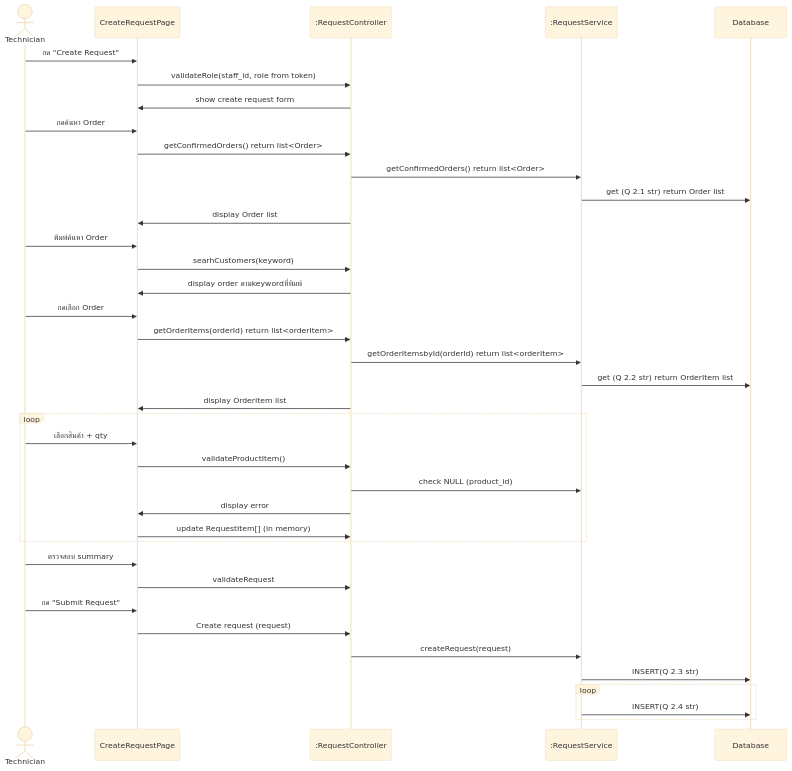
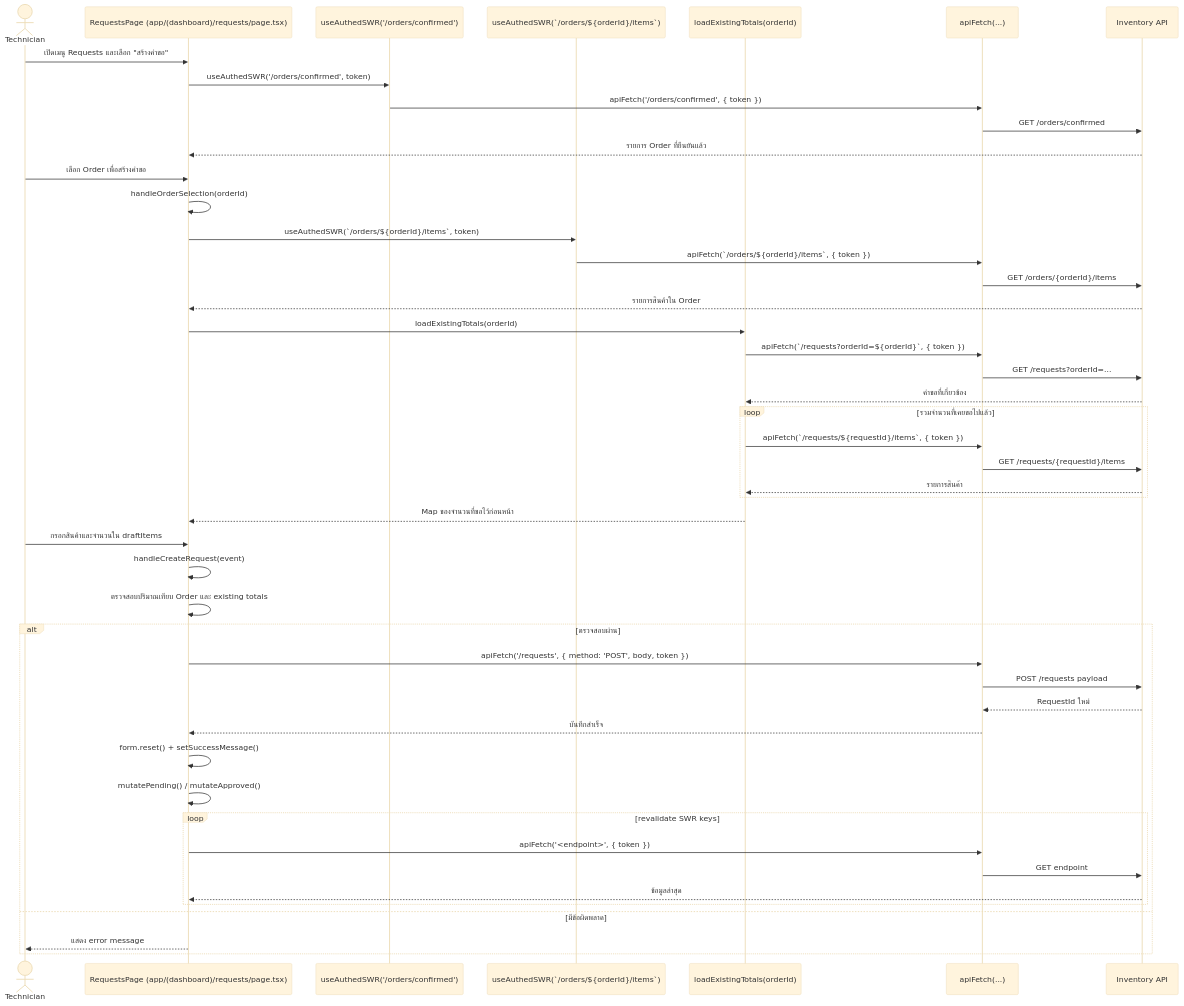
Before and after one commit to PawatW/InvetoryManagementFullStack: the diagram in SeqDiagramSA/Create request.mmd, drawn with Mermaid (base theme). The commit also changed other lines of this file and 13 other files, not shown here.

Commit message:
Update sequence diagrams with actual frontend flows

```diff
--- a/SeqDiagramSA/Create request.mmd
+++ b/SeqDiagramSA/Create request.mmd
@@ -1,43 +1,50 @@
 sequenceDiagram
     actor Technician
-    participant UI as CreateRequestPage
-    participant C as :RequestController
-    participant S as :RequestService
-    participant DB as Database
+    participant RequestsPage as RequestsPage (app/(dashboard)/requests/page.tsx)
+    participant OrderHook as useAuthedSWR('/orders/confirmed')
+    participant OrderItemsHook as useAuthedSWR(`/orders/${orderId}/items`)
+    participant Totals as loadExistingTotals(orderId)
+    participant ApiFetch as apiFetch(...)
+    participant Backend as Inventory API
 
-    Technician ->> UI: กด "Create Request"
-    UI ->> C: validateRole(staff_id, role from token)
-    C ->> UI: show create request form
+    Technician->>RequestsPage: เปิดเมนู Requests และเลือก "สร้างคำขอ"
+    RequestsPage->>OrderHook: useAuthedSWR('/orders/confirmed', token)
+    OrderHook->>ApiFetch: apiFetch('/orders/confirmed', { token })
+    ApiFetch->>Backend: GET /orders/confirmed
+    Backend-->>RequestsPage: รายการ Order ที่ยืนยันแล้ว
 
-    Technician ->> UI: กดค้นหา Order
-    UI ->> C: getConfirmedOrders() return list<Order>
-    C ->> S: getConfirmedOrders()  return list<Order>
-    S ->> DB: get (Q 2.1 str) return Order list
-    C ->> UI: display Order list
+    Technician->>RequestsPage: เลือก Order เพื่อสร้างคำขอ
+    RequestsPage->>RequestsPage: handleOrderSelection(orderId)
+    RequestsPage->>OrderItemsHook: useAuthedSWR(`/orders/${orderId}/items`, token)
+    OrderItemsHook->>ApiFetch: apiFetch(`/orders/${orderId}/items`, { token })
+    ApiFetch->>Backend: GET /orders/{orderId}/items
+    Backend-->>RequestsPage: รายการสินค้าใน Order
+    RequestsPage->>Totals: loadExistingTotals(orderId)
+    Totals->>ApiFetch: apiFetch(`/requests?orderId=${orderId}`, { token })
+    ApiFetch->>Backend: GET /requests?orderId=...
+    Backend-->>Totals: คำขอที่เกี่ยวข้อง
+    loop รวมจำนวนที่เคยขอไปแล้ว
+        Totals->>ApiFetch: apiFetch(`/requests/${requestId}/items`, { token })
+        ApiFetch->>Backend: GET /requests/{requestId}/items
+        Backend-->>Totals: รายการสินค้า
+    end
+    Totals-->>RequestsPage: Map ของจำนวนที่ขอไว้ก่อนหน้า
 
-    Technician ->> UI: พิมพ์ค้นหา Order
-    UI ->> C:searhCustomers(keyword)
-    C ->> UI:display order ตามkeywordที่พิมพ์
-    Technician ->> UI: กดเลือก Order
-    UI ->> C: getOrderItems(orderId) return list<orderItem>
-    C ->> S: getOrderItemsbyId(orderId) return list<orderItem>
-    S ->> DB: get (Q 2.2 str) return OrderItem list
-    C ->> UI: display OrderItem list
-    loop
-        Technician ->> UI: เลือกสินค้า + qty
-        UI ->> C: validateProductItem()
-        C ->> S: check NULL (product_id)
-        C ->> UI: display error
-        UI ->> C: update RequestItem[] (in memory)
+    Technician->>RequestsPage: กรอกสินค้าและจำนวนใน draftItems
+    RequestsPage->>RequestsPage: handleCreateRequest(event)
+    RequestsPage->>RequestsPage: ตรวจสอบปริมาณเทียบ Order และ existing totals
+    alt ตรวจสอบผ่าน
+        RequestsPage->>ApiFetch: apiFetch('/requests', { method: 'POST', body, token })
+        ApiFetch->>Backend: POST /requests payload
+        Backend-->>ApiFetch: RequestId ใหม่
+        ApiFetch-->>RequestsPage: บันทึกสำเร็จ
+        RequestsPage->>RequestsPage: form.reset() + setSuccessMessage()
+        RequestsPage->>RequestsPage: mutatePending() / mutateApproved()
+        loop revalidate SWR keys
+            RequestsPage->>ApiFetch: apiFetch('<endpoint>', { token })
+            ApiFetch->>Backend: GET endpoint
+            Backend-->>RequestsPage: ข้อมูลล่าสุด
+        end
+    else มีข้อผิดพลาด
+        RequestsPage-->>Technician: แสดง error message
     end
-
-    Technician ->> UI: ตรวจสอบ summary
-    UI ->> C: validateRequest
-    
-    Technician ->> UI: กด "Submit Request"
-    UI ->> C: Create request (request)
-    C ->> S: createRequest(request)
-    S ->> DB: INSERT(Q 2.3 str) 
-    loop
-        S ->> DB: INSERT(Q 2.4 str)
-    end
```
